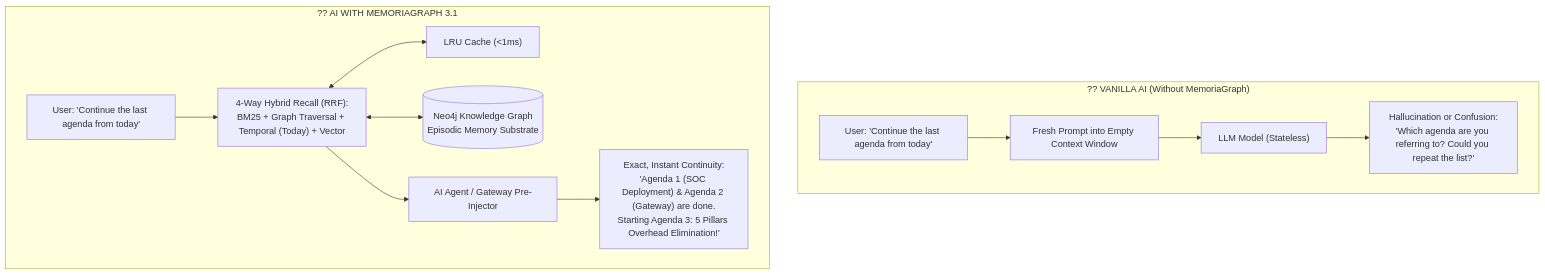
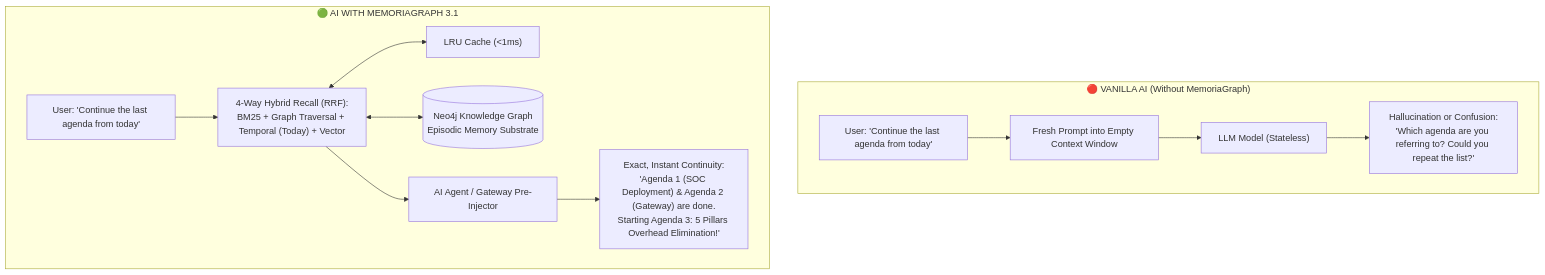
Before and after one commit to lhermawan/memoriagraph: the second of 2 diagrams in README.md, drawn with Mermaid. The commit also changed other lines of this file and 2 other files, not shown here.

````diff
--- a/README.md
+++ b/README.md
@@ -75,25 +75,30 @@
 ```mermaid
 flowchart TD
-    subgraph VanillaAI["?? VANILLA AI (Without MemoriaGraph)"]
+    subgraph VanillaAI["🔴 VANILLA AI (Without MemoriaGraph)"]
         V_User["User: 'Continue the last agenda from today'"]
         V_Prompt["Fresh Prompt into Empty Context Window"]
         V_LLM["LLM Model (Stateless)"]
-        V_Resp["Hallucination or Confusion:\n'Which agenda are you referring to? Could you repeat the list?'"]
+        V_Resp["Hallucination or Confusion:
+'Which agenda are you referring to? Could you repeat the list?'"]
         
         V_User --> V_Prompt --> V_LLM --> V_Resp
     end
 
-    subgraph MemoriaGraphAI["?? AI WITH MEMORIAGRAPH 3.1"]
+    subgraph MemoriaGraphAI["🟢 AI WITH MEMORIAGRAPH 3.1"]
         M_User["User: 'Continue the last agenda from today'"]
-        M_Recall["4-Way Hybrid Recall (RRF):\nBM25 + Graph Traversal + Temporal (Today) + Vector"]
-        M_Graph[("Neo4j Knowledge Graph\nEpisodic Memory Substrate")]
+        M_Recall["4-Way Hybrid Recall (RRF):
+BM25 + Graph Traversal + Temporal (Today) + Vector"]
+        M_Graph[("Neo4j Knowledge Graph
+Episodic Memory Substrate")]
         M_Cache["LRU Cache (<1ms)"]
         M_Engine["AI Agent / Gateway Pre-Injector"]
-        M_Resp["Exact, Instant Continuity:\n'Agenda 1 (SOC Deployment) & Agenda 2 (Gateway) are done.\nStarting Agenda 3: 5 Pillars Overhead Elimination!'"]
+        M_Resp["Exact, Instant Continuity:
+'Agenda 1 (SOC Deployment) & Agenda 2 (Gateway) are done.
+Starting Agenda 3: 5 Pillars Overhead Elimination!'"]
         
         M_User --> M_Recall
         M_Recall <--> M_Cache
         M_Recall <--> M_Graph
         M_Recall --> M_Engine --> M_Resp
     end
 ```
````
